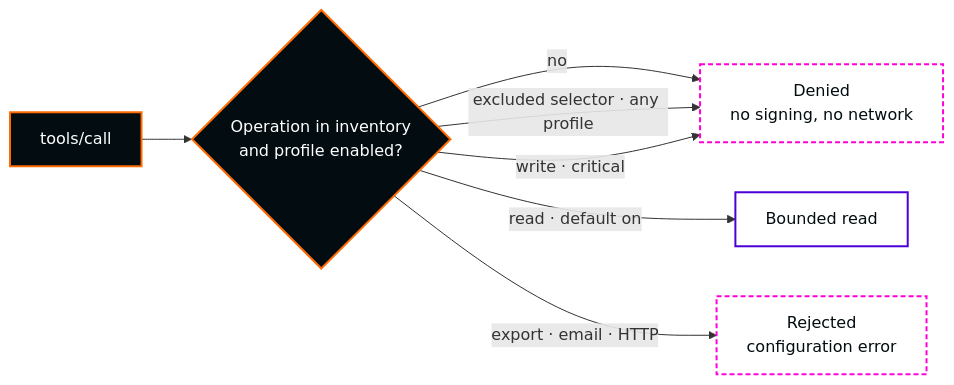
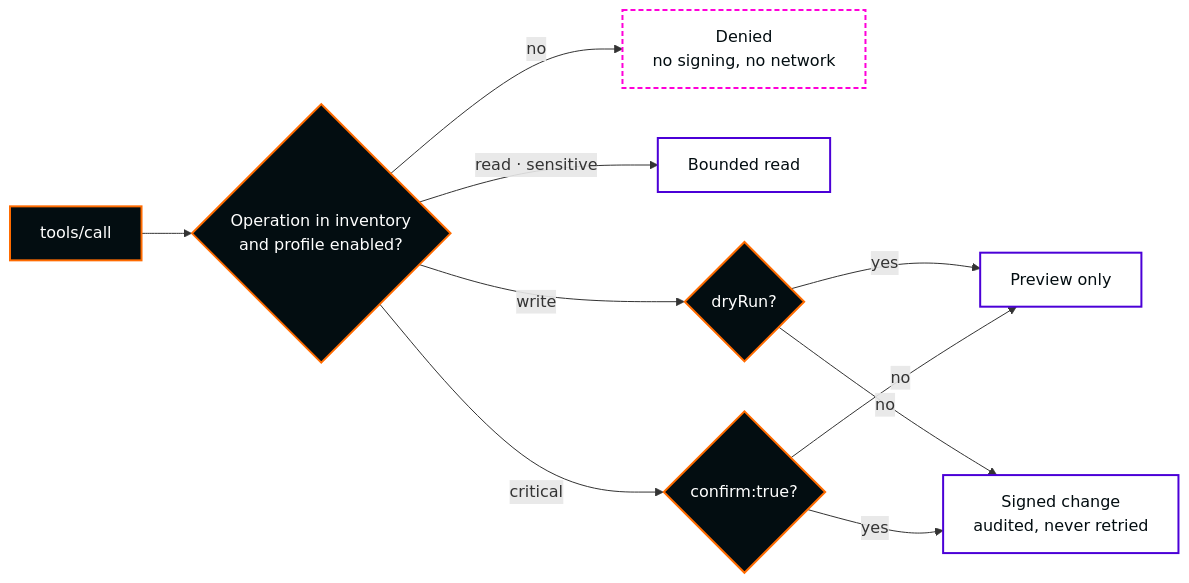
The second of 4 diagrams in docs/architecture.md (nuoframework/darktrace-mcp), drawn with Mermaid before and after one commit. The commit also changed other lines of this file and 36 other files, not shown here.

````diff
--- a/docs/architecture.md
+++ b/docs/architecture.md
@@ -92,17 +74,20 @@
 ```mermaid
 flowchart LR
     accTitle: Profile decisions
-    accDescr: Each tool call is checked against the operation inventory and the immutable release policy. Read is on by default. Non-read operations, including writes and critical operations, are denied before signing; no write previews are available. Sensitive read cannot expand the validated ceiling. Export, email and HTTP are rejected.
+    accDescr: Each tool call is checked against the operation inventory and the operator's profiles. Reads run when their profile is on. Writes can be previewed with dryRun. Critical operations return a preview unless confirm is true. Anything outside the enabled profiles is denied before signing.
     T["tools/call"] --> Q{"Operation in inventory<br/>and profile enabled?"}
     Q -->|"no"| X["Denied<br/>no signing, no network"]
-    Q -->|"read · default on"| RD["Bounded read"]
-    Q -->|"excluded selector · any profile"| X
-    Q -->|"write · critical"| X
-    Q -->|"export · email · HTTP"| NO["Rejected<br/>configuration error"]
+    Q -->|"read · sensitive"| RD["Bounded read"]
+    Q -->|"write"| W{"dryRun?"}
+    W -->|"yes"| PV["Preview only"]
+    W -->|"no"| EX["Signed change<br/>audited, never retried"]
+    Q -->|"critical"| CF{"confirm:true?"}
+    CF -->|"no"| PV
+    CF -->|"yes"| EX
     classDef core fill:#030D11,stroke:#FF6B00,stroke-width:2px,color:#FFFFFF
     classDef allow fill:#FFFFFF,stroke:#4B00D7,stroke-width:2px,color:#030D11
     classDef deny fill:#FFFFFF,stroke:#FF00D9,stroke-width:2px,stroke-dasharray:5 3,color:#030D11
-    class T,Q core
-    class RD allow
-    class X,NO deny
+    class T,Q,W,CF core
+    class RD,PV,EX allow
+    class X deny
 ```
````
